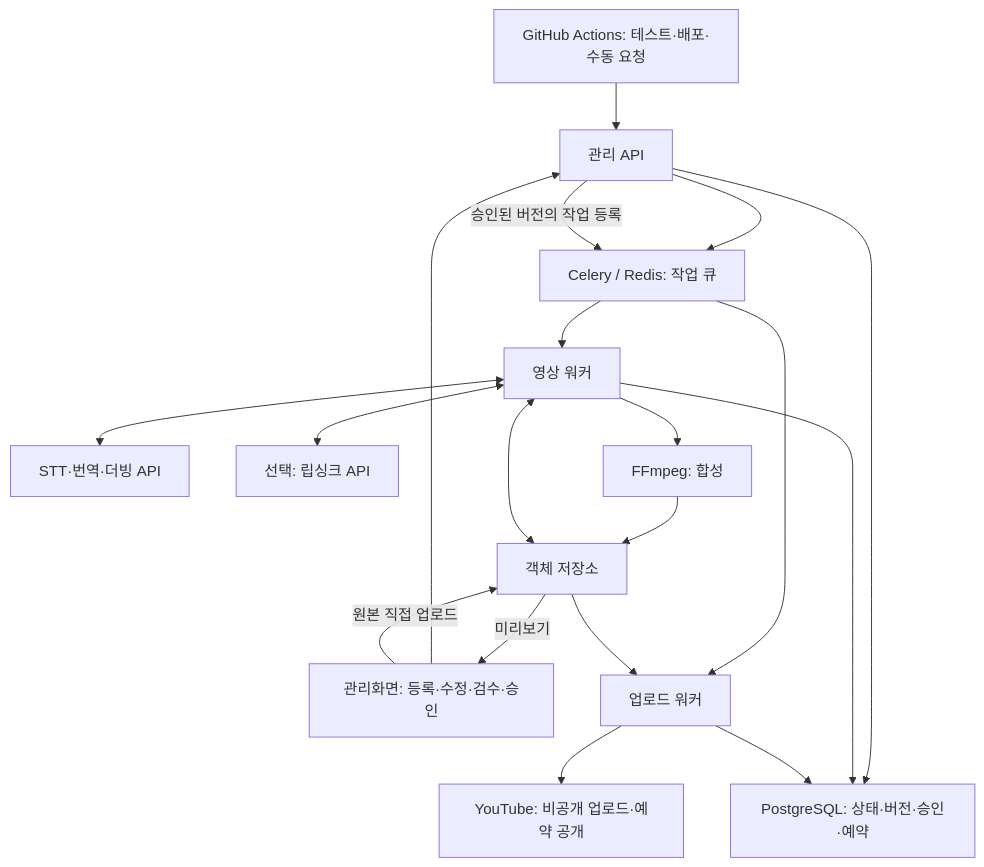
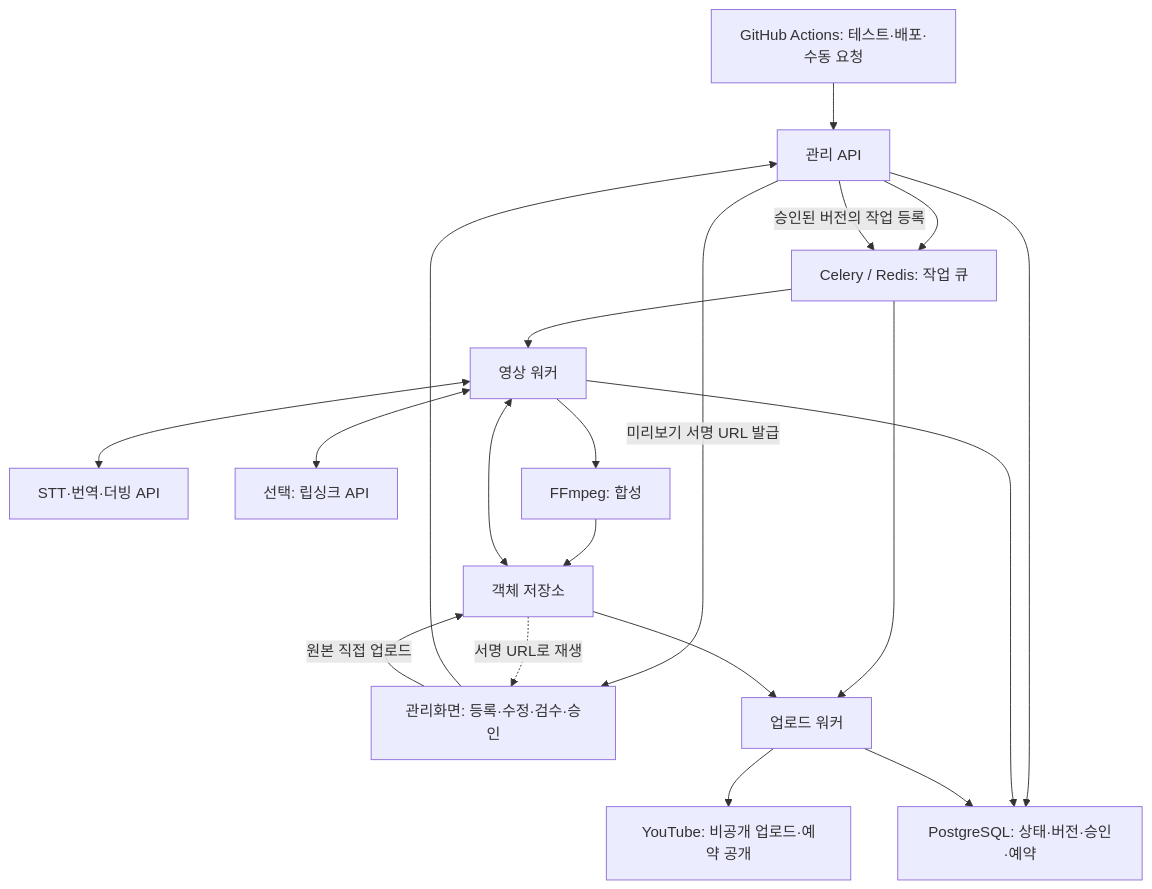
Before and after one commit to plutoan12/recording4: the diagram in docs/ARCHITECTURE.md, drawn with Mermaid. The commit also changed other lines of this file and 4 other files, not shown here.

````diff
--- a/docs/ARCHITECTURE.md
+++ b/docs/ARCHITECTURE.md
@@ -7,21 +7,22 @@
 ```mermaid
 flowchart TD
     GH["GitHub Actions: 테스트·배포·수동 요청"] --> API["관리 API"]
     UI["관리화면: 등록·수정·검수·승인"] --> API
     UI -->|원본 직접 업로드| S["객체 저장소"]
     API --> DB["PostgreSQL: 상태·버전·승인·예약"]
     API --> Q["Celery / Redis: 작업 큐"]
     Q --> W["영상 워커"]
     S <--> W
     W <--> AI["STT·번역·더빙 API"]
     W <--> LIP["선택: 립싱크 API"]
     W --> FF["FFmpeg: 합성"]
     FF --> S
     W --> DB
-    S -->|미리보기| UI
+    API -->|미리보기 서명 URL 발급| UI
+    S -.->|서명 URL로 재생| UI
     API -->|승인된 버전의 작업 등록| Q
     Q --> UP["업로드 워커"]
     S --> UP
     UP --> YT["YouTube: 비공개 업로드·예약 공개"]
     UP --> DB
 ```
````
